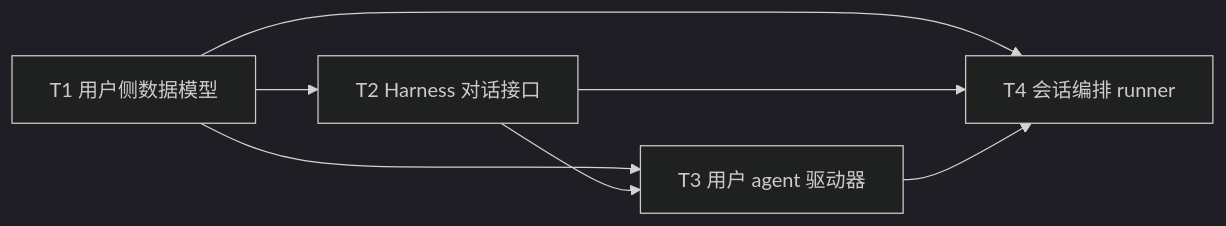
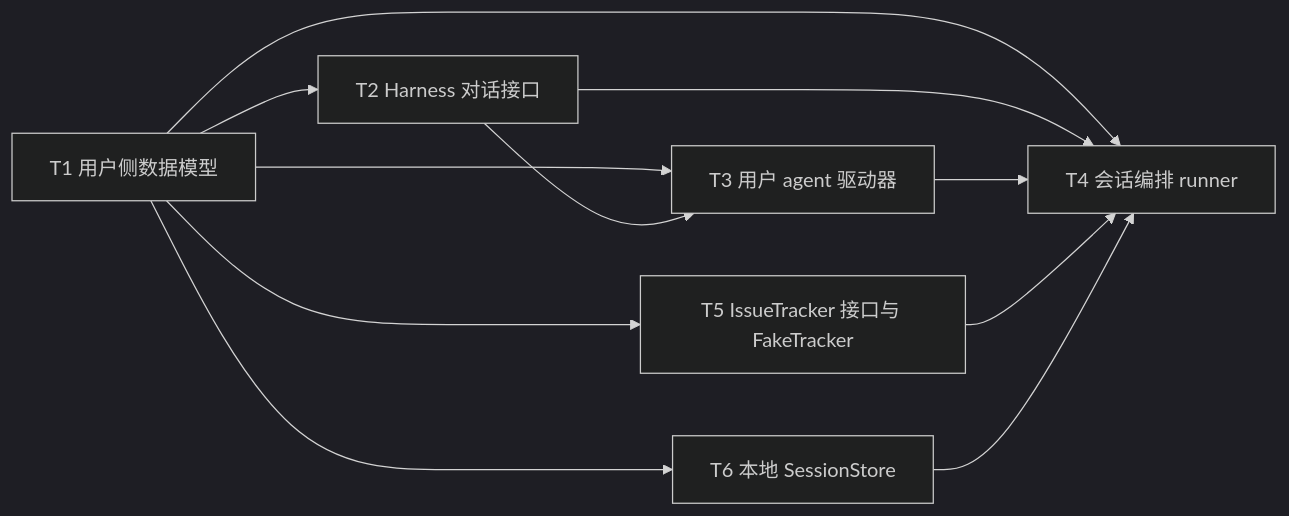
Before and after one commit to Curry09/AHE-Beta: the second of 3 diagrams in docs/specs/OVERVIEW.md, drawn with Mermaid (dark theme). The commit also changed other lines of this file and 13 other files, not shown here.

````diff
--- a/docs/specs/OVERVIEW.md
+++ b/docs/specs/OVERVIEW.md
@@ -40,13 +50,19 @@
 ```mermaid
 graph LR
     nT1["T1 用户侧数据模型"]
     nT2["T2 Harness 对话接口"]
     nT3["T3 用户 agent 驱动器"]
     nT4["T4 会话编排 runner"]
+    nT5["T5 IssueTracker 接口与 FakeTracker"]
+    nT6["T6 本地 SessionStore"]
     nT1 --> nT2
     nT1 --> nT3
     nT2 --> nT3
     nT1 --> nT4
     nT2 --> nT4
     nT3 --> nT4
+    nT5 --> nT4
+    nT6 --> nT4
+    nT1 --> nT5
+    nT1 --> nT6
 ```
````
